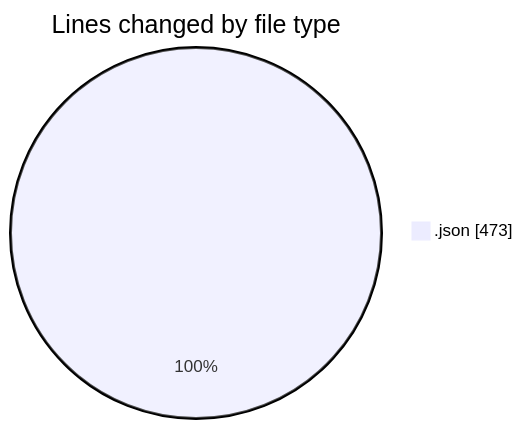
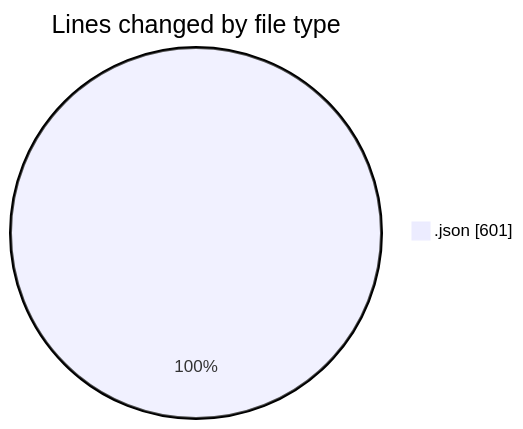
The first of 2 diagrams in 2026-09-05/mono-test/README.md (yexinjia/code-tracking), drawn with Mermaid before and after one commit. The commit also changed other lines of this file and 1 other file, not shown here.

````diff
--- a/2026-09-05/mono-test/README.md
+++ b/2026-09-05/mono-test/README.md
@@ -20,5 +20,5 @@
 ```mermaid
 pie showData
 title Lines changed by file type
-".json" : 473
+".json" : 601
 ```
````
